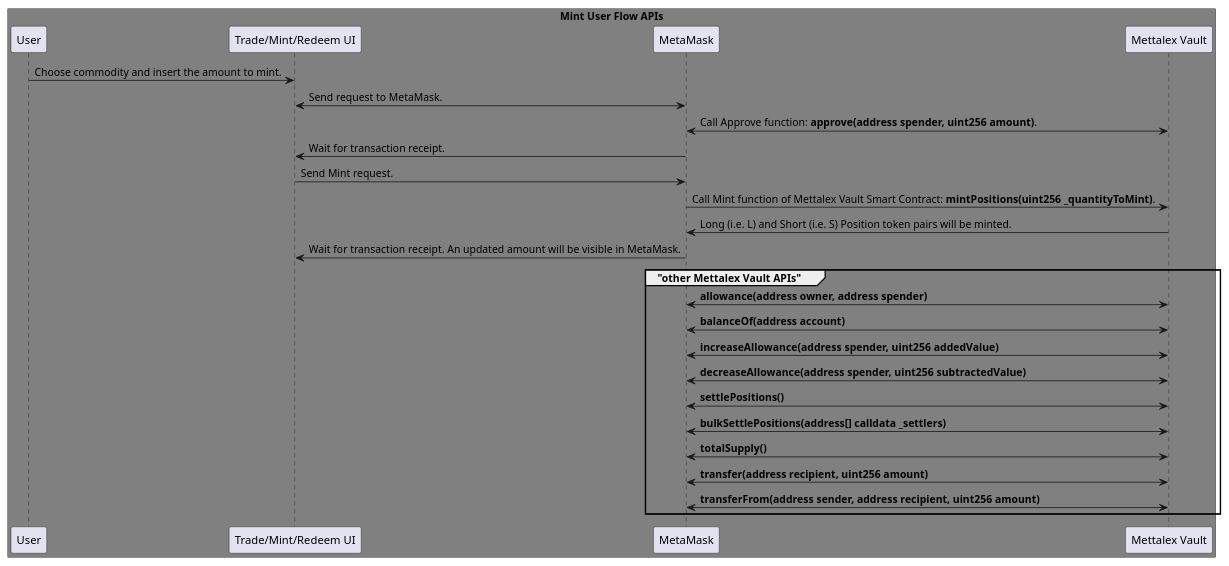
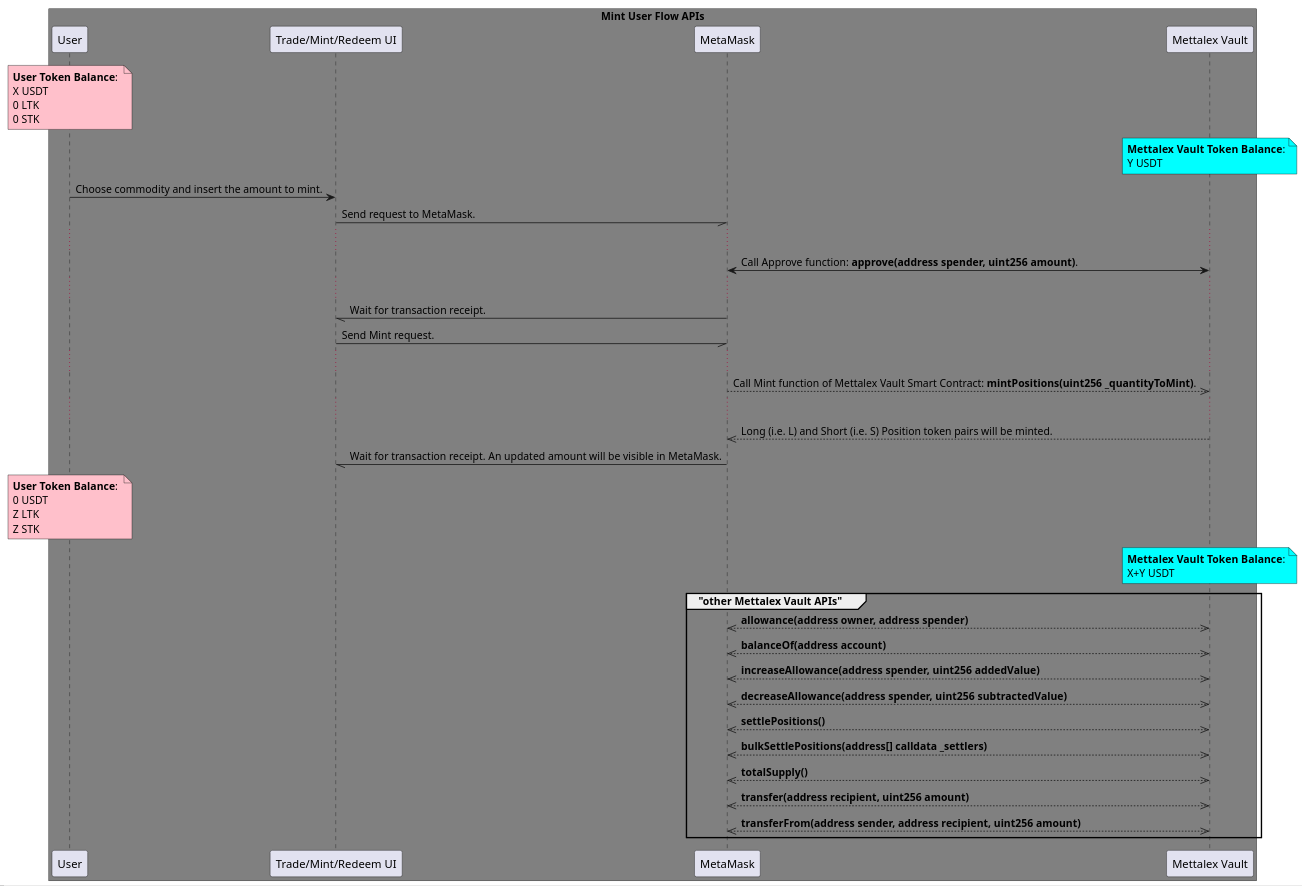
The diagram in PlantUML and png diagrams/Mint APIs.puml (fetchai/mettalex-documentation), drawn with PlantUML before and after one commit. The commit also changed 4 other files, not shown here.

Commit message:
PlantUML Diagrams

```diff
--- a/PlantUML and png diagrams/Mint APIs.puml
+++ b/PlantUML and png diagrams/Mint APIs.puml
@@ -1,32 +1,44 @@
 @startuml
 
 box "Mint User Flow APIs" #grey
 participant "User" as user
 participant "Trade/Mint/Redeem UI" as UI
 participant "MetaMask" as MM
 participant "Mettalex Vault" as MV
 
 end box
 
+note over user #pink: **User Token Balance**: \nX USDT \n0 LTK \n0 STK
+note over MV #aqua: **Mettalex Vault Token Balance**:\nY USDT
+
 user -> UI: Choose commodity and insert the amount to mint.
-UI <-> MM: Send request to MetaMask.
+UI -// MM: Send request to MetaMask.
+...
 MM <-> MV: Call Approve function: **approve(address spender, uint256 amount)**.
-MM -> UI: Wait for transaction receipt.
-UI -> MM: Send Mint request.
-MM -> MV: Call Mint function of Mettalex Vault Smart Contract: **mintPositions(uint256 _quantityToMint)**.
-MV -> MM: Long (i.e. L) and Short (i.e. S) Position token pairs will be minted.
-MM -> UI: Wait for transaction receipt. An updated amount will be visible in MetaMask.
+...
+MM -// UI: Wait for transaction receipt.
+UI -// MM: Send Mint request.
+...
+MM -->> MV: Call Mint function of Mettalex Vault Smart Contract: **mintPositions(uint256 _quantityToMint)**.
+...
+MV -->> MM: Long (i.e. L) and Short (i.e. S) Position token pairs will be minted.
+MM -// UI: Wait for transaction receipt. An updated amount will be visible in MetaMask.
+
+note over user #pink: **User Token Balance**: \n0 USDT \nZ LTK \nZ STK
+note over MV #aqua: **Mettalex Vault Token Balance**:\nX+Y USDT
 
 group "other Mettalex Vault APIs"
-MM <-> MV: **allowance(address owner, address spender)**
-MM <-> MV: **balanceOf(address account)**
-MM <-> MV: **increaseAllowance(address spender, uint256 addedValue)**
-MM <-> MV: **decreaseAllowance(address spender, uint256 subtractedValue)**
-MM <-> MV: **settlePositions()**
-MM <-> MV: **bulkSettlePositions(address[] calldata _settlers)**
-MM <-> MV: **totalSupply()**
-MM <-> MV: **transfer(address recipient, uint256 amount)**
-MM <-> MV: **transferFrom(address sender, address recipient, uint256 amount)**
+MM <<-->> MV: **allowance(address owner, address spender)**
+MM <<-->> MV: **balanceOf(address account)**
+MM <<-->> MV: **increaseAllowance(address spender, uint256 addedValue)**
+MM <<-->> MV: **decreaseAllowance(address spender, uint256 subtractedValue)**
+MM <<-->> MV: **settlePositions()**
+MM <<-->> MV: **bulkSettlePositions(address[] calldata _settlers)**
+MM <<-->> MV: **totalSupply()**
+MM <<-->> MV: **transfer(address recipient, uint256 amount)**
+MM <<-->> MV: **transferFrom(address sender, address recipient, uint256 amount)**
 
 end group
+
+
 @enduml
```
